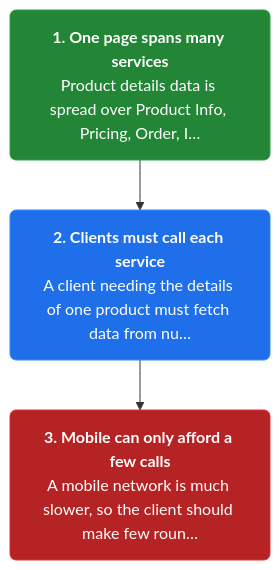
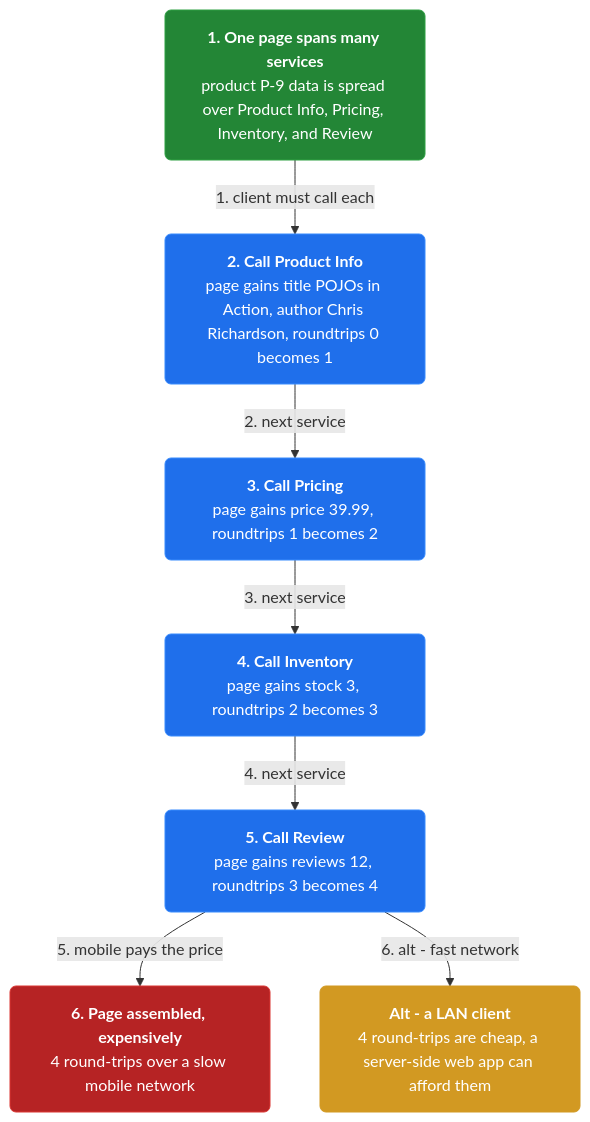
The first of 4 diagrams in docs/ch23-api-gateway.md (vinayakuber/microservices-io-study-guide), drawn with Mermaid before and after one commit. The commit also changed other lines of this file and 46 other files, not shown here.

First line of the commit message:
Author rich branching flow diagrams for all 44 chapters

````diff
--- a/docs/ch23-api-gateway.md
+++ b/docs/ch23-api-gateway.md
@@ -13,11 +13,21 @@
 ```mermaid
 flowchart TD
-  classDef step fill:#1f6feb,color:#ffffff,stroke:#388bfd,stroke-width:1px,rx:6
+  classDef step fill:#1f6feb,color:#ffffff,stroke:#388bfd,rx:6
+  classDef core fill:#8250df,color:#ffffff,stroke:#8250df,rx:6
+  classDef warn fill:#d29922,color:#ffffff,stroke:#d29922,rx:6
   classDef start fill:#238636,color:#ffffff,stroke:#2ea043,rx:6
   classDef stop fill:#b62324,color:#ffffff,stroke:#da3633,rx:6
-  s0n0["<b>1. One page spans many services</b><br/>Product details data is spread over Product Info, Pricing, Order, I…"]:::start
-  s0n1["<b>2. Clients must call each service</b><br/>A client needing the details of one product must fetch data from nu…"]:::step
-  s0n2["<b>3. Mobile can only afford a few calls</b><br/>A mobile network is much slower, so the client should make few roun…"]:::stop
-  s0n0 --> s0n1
-  s0n1 --> s0n2
+  n0["<b>1. One page spans many services</b><br/>product P-9 data is spread over Product Info, Pricing, Inventory, and Review"]:::start
+  n1["<b>2. Call Product Info</b><br/>page gains title POJOs in Action, author Chris Richardson, roundtrips 0 becomes 1"]:::step
+  n2["<b>3. Call Pricing</b><br/>page gains price 39.99, roundtrips 1 becomes 2"]:::step
+  n3["<b>4. Call Inventory</b><br/>page gains stock 3, roundtrips 2 becomes 3"]:::step
+  n4["<b>5. Call Review</b><br/>page gains reviews 12, roundtrips 3 becomes 4"]:::step
+  n5["<b>6. Page assembled, expensively</b><br/>4 round-trips over a slow mobile network"]:::stop
+  n6["<b>Alt - a LAN client</b><br/>4 round-trips are cheap, a server-side web app can afford them"]:::warn
+  n0 -->|"1. client must call each"| n1
+  n1 -->|"2. next service"| n2
+  n2 -->|"3. next service"| n3
+  n3 -->|"4. next service"| n4
+  n4 -->|"5. mobile pays the price"| n5
+  n4 -->|"6. alt - fast network"| n6
 ```
````
